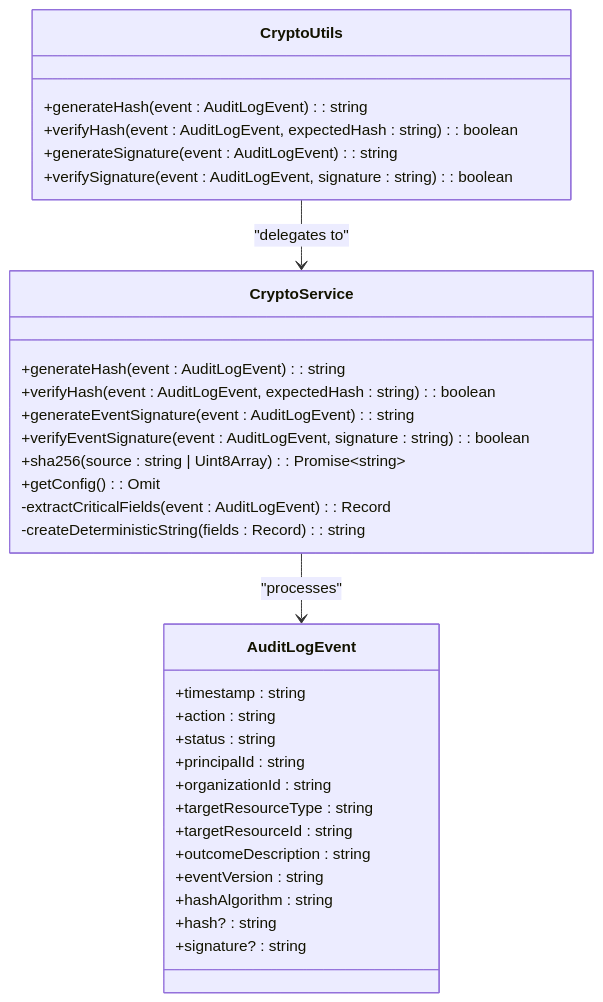
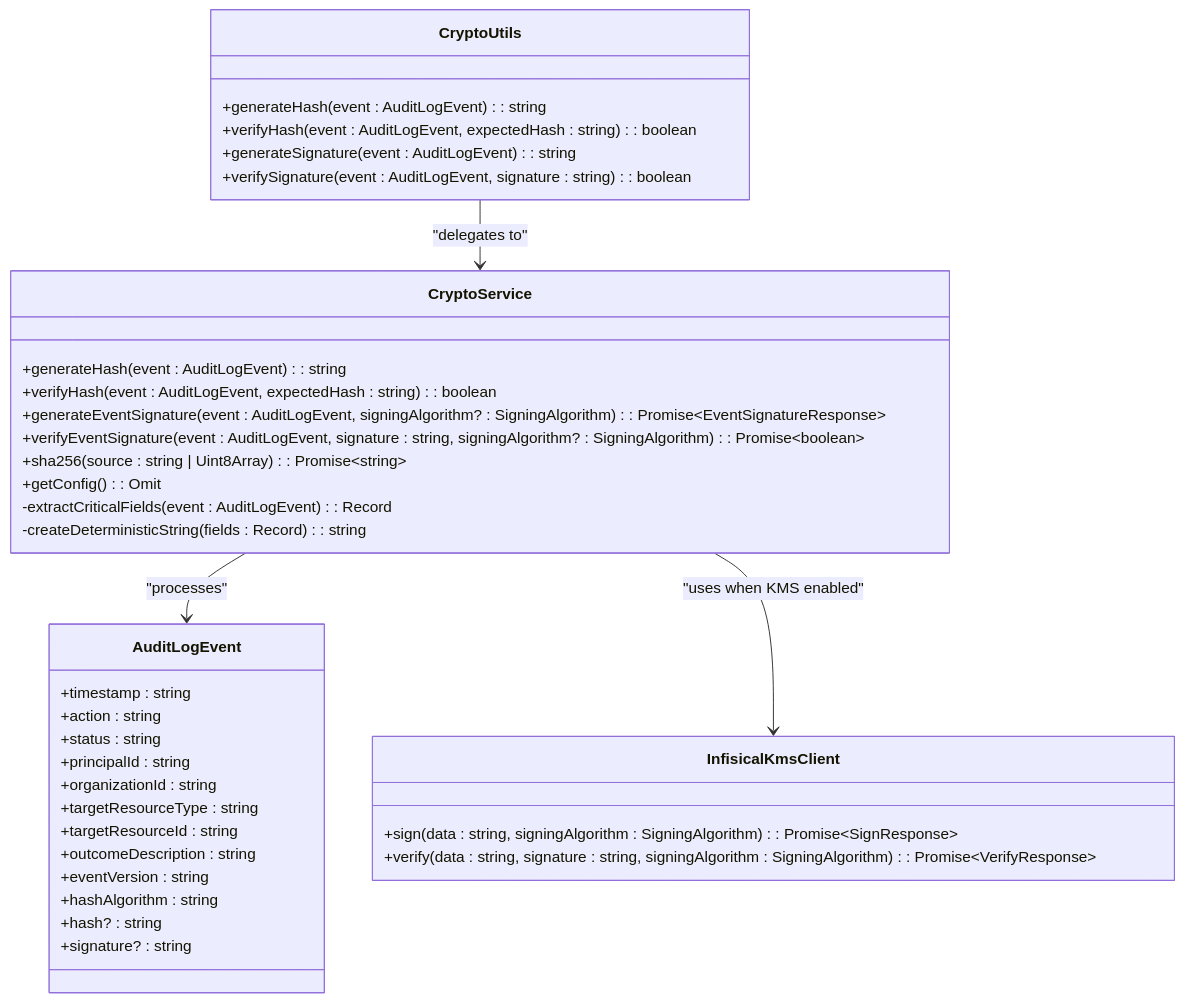
The first of 2 diagrams in .qoder/repowiki/en/content/Audit Core System/Security/Cryptography.md (smedrec/smart-logs), drawn with Mermaid before and after one commit. The commit also changed other lines of this file and 5 other files, not shown here.

First line of the commit message:
docs(security): document async event signature generation with KMS support

````diff
--- a/.qoder/repowiki/en/content/Audit Core System/Security/Cryptography.md
+++ b/.qoder/repowiki/en/content/Audit Core System/Security/Cryptography.md
@@ -37,35 +41,40 @@
 ```mermaid
 classDiagram
 class CryptoService {
 +generateHash(event : AuditLogEvent) : string
 +verifyHash(event : AuditLogEvent, expectedHash : string) : boolean
-+generateEventSignature(event : AuditLogEvent) : string
-+verifyEventSignature(event : AuditLogEvent, signature : string) : boolean
++generateEventSignature(event : AuditLogEvent, signingAlgorithm? : SigningAlgorithm) : Promise~EventSignatureResponse~
++verifyEventSignature(event : AuditLogEvent, signature : string, signingAlgorithm? : SigningAlgorithm) : Promise~boolean~
 +sha256(source : string | Uint8Array) : Promise~string~
 +getConfig() : Omit<CryptoConfig, 'secretKey'>
 -extractCriticalFields(event : AuditLogEvent) : Record<string, any>
 -createDeterministicString(fields : Record<string, any>) : string
 }
 class CryptoUtils {
 +generateHash(event : AuditLogEvent) : string
 +verifyHash(event : AuditLogEvent, expectedHash : string) : boolean
 +generateSignature(event : AuditLogEvent) : string
 +verifySignature(event : AuditLogEvent, signature : string) : boolean
 }
 class AuditLogEvent {
 +timestamp : string
 +action : string
 +status : string
 +principalId : string
 +organizationId : string
 +targetResourceType : string
 +targetResourceId : string
 +outcomeDescription : string
 +eventVersion : string
 +hashAlgorithm : string
 +hash? : string
 +signature? : string
 }
+class InfisicalKmsClient {
++sign(data : string, signingAlgorithm : SigningAlgorithm) : Promise~SignResponse~
++verify(data : string, signature : string, signingAlgorithm : SigningAlgorithm) : Promise~VerifyResponse~
+}
 CryptoService --> AuditLogEvent : "processes"
 CryptoUtils --> CryptoService : "delegates to"
+CryptoService --> InfisicalKmsClient : "uses when KMS enabled"
 ```
````
